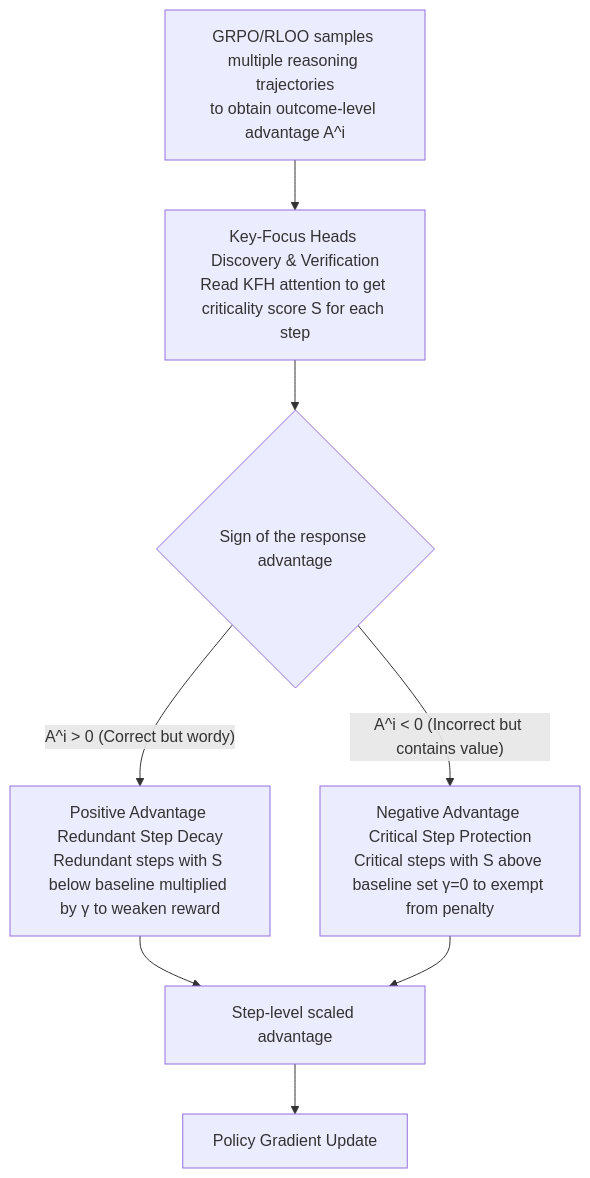
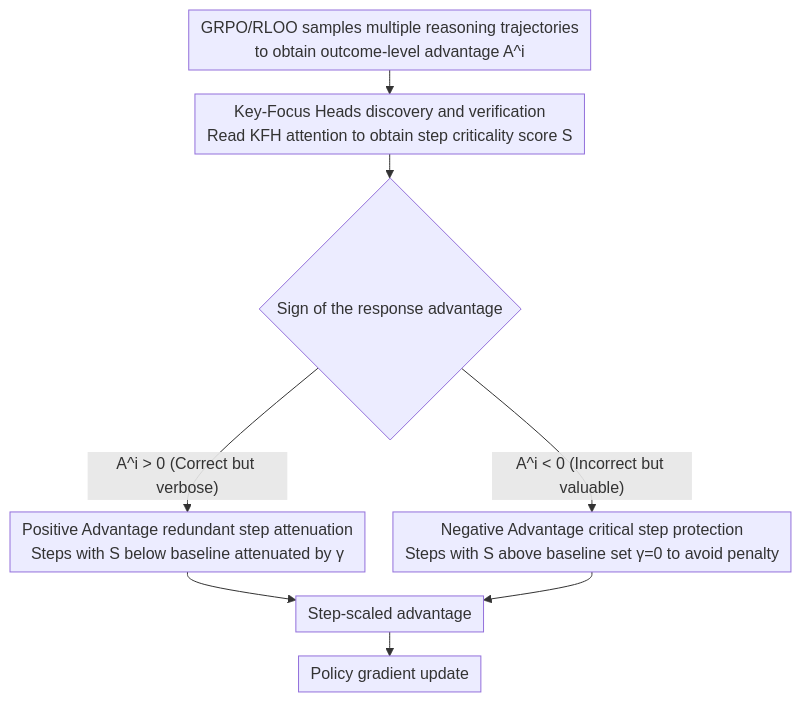
Before and after one commit to zhaoyang97/Paper-Notes-en: the diagram in docs/ACL2026/reinforcement_learning/attnpo_attention-guided_process_supervision_for_efficient_reasoning.md, drawn with Mermaid. The commit also changed other lines of this file and 5084 other files, not shown here.

````diff
--- a/docs/ACL2026/reinforcement_learning/attnpo_attention-guided_process_supervision_for_efficient_reasoning.md
+++ b/docs/ACL2026/reinforcement_learning/attnpo_attention-guided_process_supervision_for_efficient_reasoning.md
@@ -45,10 +45,11 @@
 ```mermaid
-graph TD
-    A["GRPO/RLOO samples multiple reasoning trajectories<br/>to obtain outcome-level advantage A^i"] --> B["Key-Focus Heads Discovery & Verification<br/>Read KFH attention to get criticality score S for each step"]
+%%{init: {'flowchart': {'rankSpacing': 24, 'nodeSpacing': 28, 'padding': 6, 'wrappingWidth': 400}}}%%
+flowchart TD
+    A["GRPO/RLOO samples multiple reasoning trajectories<br/>to obtain outcome-level advantage A^i"] --> B["Key-Focus Heads discovery and verification<br/>Read KFH attention to obtain step criticality score S"]
     B --> C{"Sign of the response advantage"}
-    C -->|"A^i > 0 (Correct but wordy)"| D["Positive Advantage Redundant Step Decay<br/>Redundant steps with S below baseline multiplied by γ to weaken reward"]
-    C -->|"A^i < 0 (Incorrect but contains value)"| E["Negative Advantage Critical Step Protection<br/>Critical steps with S above baseline set γ=0 to exempt from penalty"]
-    D --> F["Step-level scaled advantage"]
+    C -->|"A^i > 0 (Correct but verbose)"| D["Positive Advantage redundant step attenuation<br/>Steps with S below baseline attenuated by γ"]
+    C -->|"A^i < 0 (Incorrect but valuable)"| E["Negative Advantage critical step protection<br/>Steps with S above baseline set γ=0 to avoid penalty"]
+    D --> F["Step-scaled advantage"]
     E --> F
-    F --> G["Policy Gradient Update"]
+    F --> G["Policy gradient update"]
 ```
````
